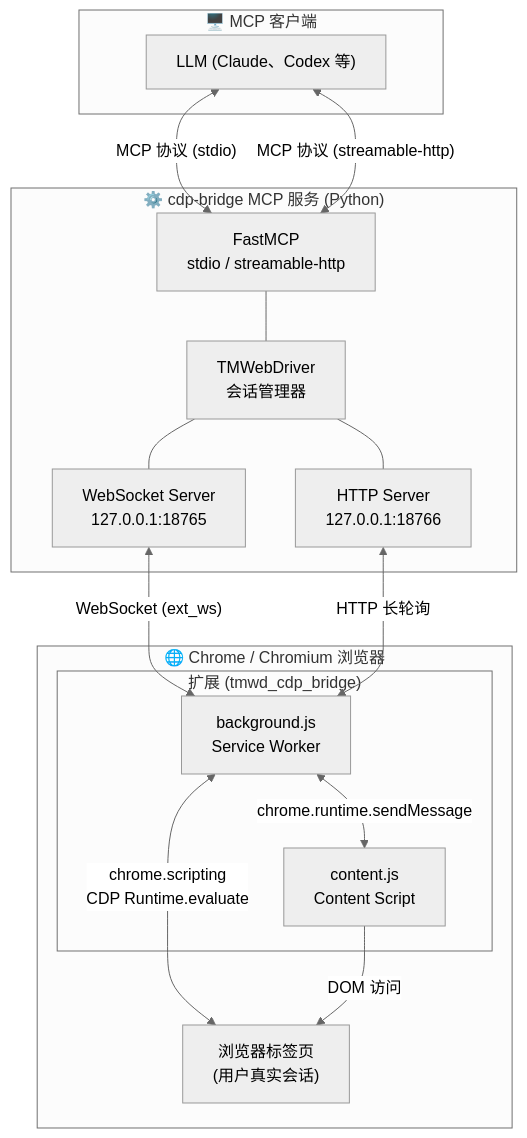
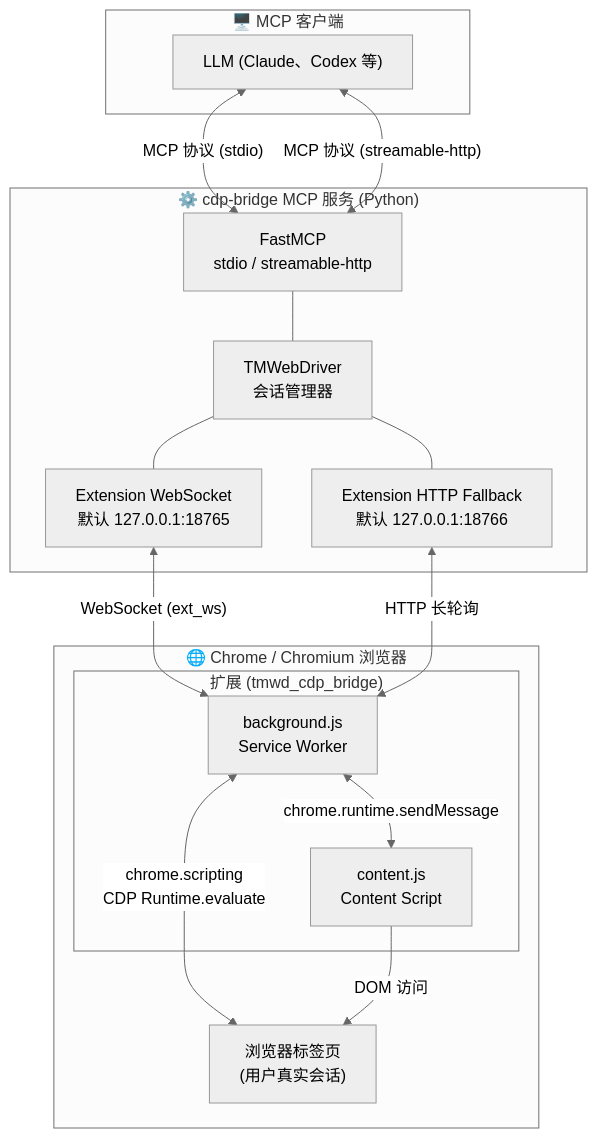
Before and after one commit to Unagi-cq/cdp-bridge-mcp: the diagram in README.md, drawn with Mermaid (neutral theme). The commit also changed other lines of this file and 17 other files, not shown here.

````diff
--- a/README.md
+++ b/README.md
@@ -53,32 +69,32 @@
 ```mermaid
 graph TB
     subgraph Client["🖥️ MCP 客户端"]
         LLM["LLM (Claude、Codex 等)"]
     end
 
     subgraph Server["⚙️ cdp-bridge MCP 服务 (Python)"]
         FastMCP["FastMCP<br/>stdio / streamable-http"]
         TMWD["TMWebDriver<br/>会话管理器"]
-        WS["WebSocket Server<br/>127.0.0.1:18765"]
-        HTTP["HTTP Server<br/>127.0.0.1:18766"]
+        WS["Extension WebSocket<br/>默认 127.0.0.1:18765"]
+        HTTP["Extension HTTP Fallback<br/>默认 127.0.0.1:18766"]
         FastMCP --- TMWD
         TMWD --- WS
         TMWD --- HTTP
     end
 
     subgraph Browser["🌐 Chrome / Chromium 浏览器"]
         subgraph Extension["扩展 (tmwd_cdp_bridge)"]
             BG["background.js<br/>Service Worker"]
             CT["content.js<br/>Content Script"]
         end
         Tabs["浏览器标签页<br/>(用户真实会话)"]
     end
 
     LLM <-->|"MCP 协议 (stdio)"| FastMCP
     LLM <-->|"MCP 协议 (streamable-http)"| FastMCP
     WS <-->|"WebSocket (ext_ws)"| BG
     HTTP <-->|"HTTP 长轮询"| BG
     BG <-->|"chrome.scripting<br/>CDP Runtime.evaluate"| Tabs
     BG <-->|"chrome.runtime.sendMessage"| CT
     CT -->|"DOM 访问"| Tabs
 ```
````
